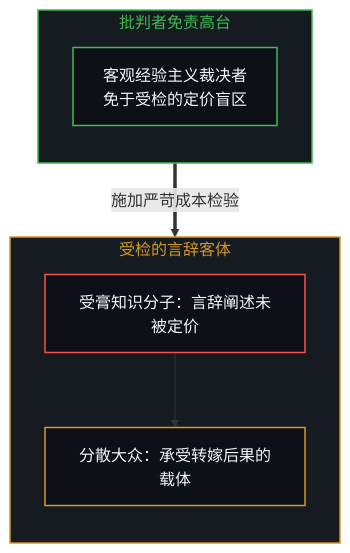
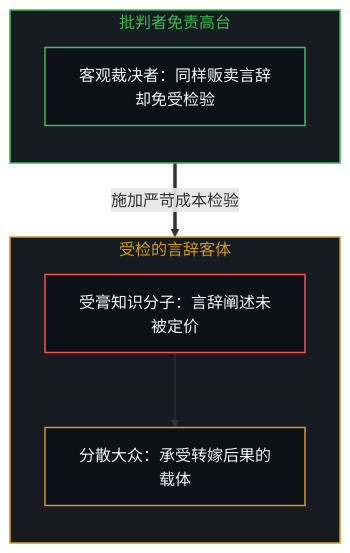
The fifth of 8 diagrams in content/posts/the-unpriced-critic.md (powerpig99/not-a-toe), drawn with Mermaid before and after one commit. The commit also changed other lines of this file and 4 other files, not shown here.

````diff
--- a/content/posts/the-unpriced-critic.md
+++ b/content/posts/the-unpriced-critic.md
@@ -149,25 +149,25 @@
 ```mermaid
 flowchart TD
     classDef default fill:#0d1117,stroke:#30363d,stroke-width:1px,color:#f0f6fc;
     classDef mind fill:#0d1117,stroke:#3fb950,stroke-width:1.5px,color:#f0f6fc;
     classDef warn fill:#0d1117,stroke:#d29922,stroke-width:1.5px,color:#f0f6fc;
     classDef fail fill:#0d1117,stroke:#f85149,stroke-width:1.5px,color:#f0f6fc;
     classDef model fill:#0d1117,stroke:#58a6ff,stroke-width:1.5px,color:#f0f6fc;
 
     subgraph S_Critic ["批判者免责高台"]
         direction TB
-        CriticSeat["客观经验主义裁决者<br/>免于受检的定价盲区"]:::mind
+        CriticSeat["客观裁决者：同样贩卖言辞却免受检验"]:::mind
     end
 
     subgraph S_Anointed ["受检的言辞客体"]
         direction TB
         AnointedUnits["受膏知识分子：言辞阐述未被定价"]:::fail
         MarketReality["分散大众：承受转嫁后果的载体"]:::warn
         AnointedUnits --> MarketReality
     end
 
     S_Critic ==> |施加严苛成本检验| S_Anointed
 
     style S_Critic fill:#161b22,stroke:#3fb950,stroke-width:1.5px,color:#3fb950
     style S_Anointed fill:#161b22,stroke:#d29922,stroke-width:1.5px,color:#d29922
 ```
````
